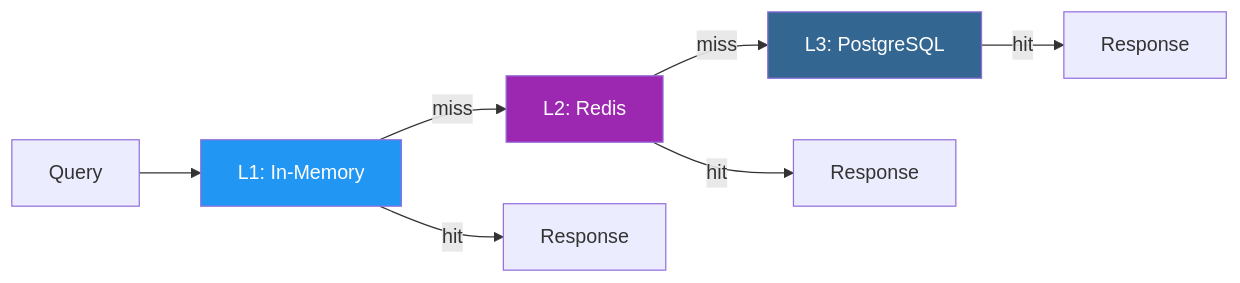
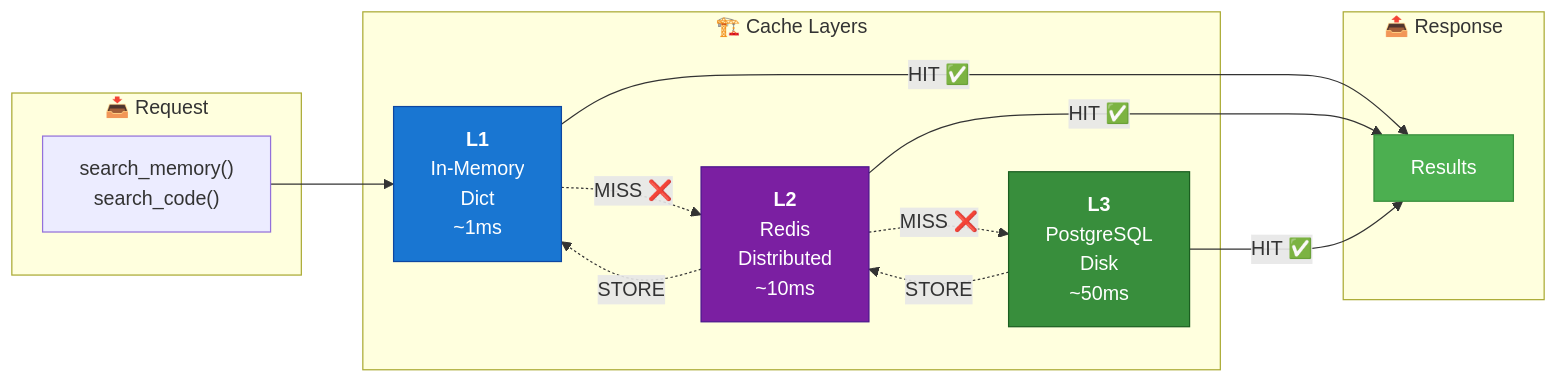
One commit to giak/mnemo-lite changed the ninth of 12 diagrams in docs/ARCHITECTURE.md. Above: the diagram before and after it, drawn with Mermaid. The commit also changed other lines of this file, not shown here.

Commit message:
docs: enhance ARCHITECTURE.md with professional Mermaid diagrams

````diff
--- a/docs/ARCHITECTURE.md
+++ b/docs/ARCHITECTURE.md
@@ -407,14 +412,33 @@
 ```mermaid
 flowchart LR
-    Q[Query] --> L1[L1: In-Memory]
-    L1 -->|miss| L2[L2: Redis]
-    L2 -->|miss| L3[L3: PostgreSQL]
+    subgraph REQUEST["📥 Request"]
+        Q["search_memory()<br/>search_code()"]
+    end
 
-    L1 -->|hit| R1[Response]
-    L2 -->|hit| R2[Response]
-    L3 -->|hit| R3[Response]
+    subgraph LAYERS["🏗️ Cache Layers"]
+        L1["<b>L1</b><br/>In-Memory<br/>Dict<br/>~1ms"]
+        L2["<b>L2</b><br/>Redis<br/>Distributed<br/>~10ms"]
+        L3["<b>L3</b><br/>PostgreSQL<br/>Disk<br/>~50ms"]
+    end
 
-    style L1 fill:#2196F3,color:#fff
-    style L2 fill:#9C27B0,color:#fff
-    style L3 fill:#336791,color:#fff
+    subgraph RESPONSE["📤 Response"]
+        R["Results"]
+    end
+
+    Q --> L1
+
+    L1 -->|"HIT ✅"| R
+    L1 -.->|"MISS ❌"| L2
+
+    L2 -->|"HIT ✅"| R
+    L2 -.->|"MISS ❌"| L3
+
+    L3 -->|"HIT ✅"| R
+
+    L3 -.->|"STORE"| L2 -.->|"STORE"| L1
+
+    style L1 fill:#1976D2,stroke:#0D47A1,color:#fff
+    style L2 fill:#7B1FA2,stroke:#4A148C,color:#fff
+    style L3 fill:#388E3C,stroke:#1B5E20,color:#fff
+    style R fill:#4CAF50,stroke:#388E3C,color:#fff
 ```
````
